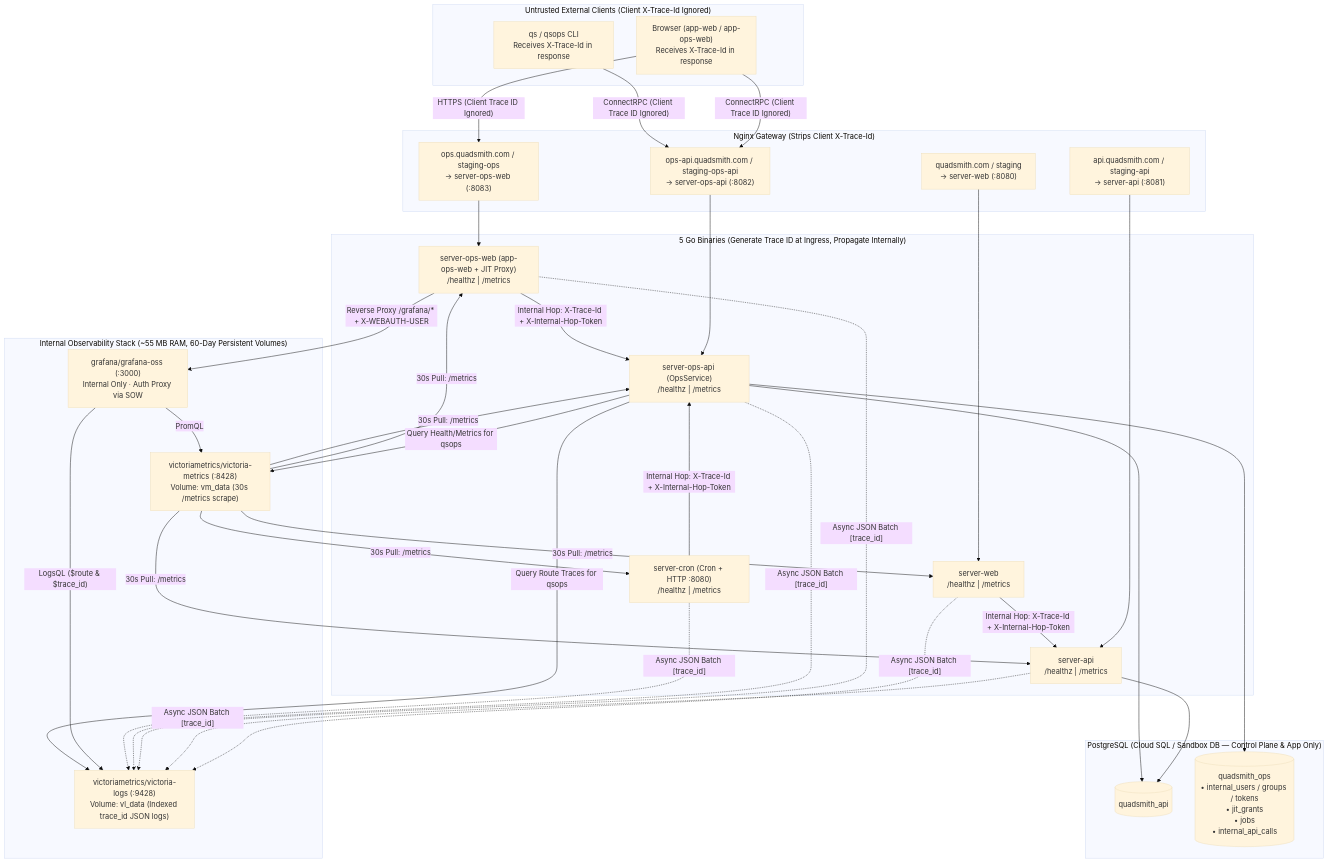
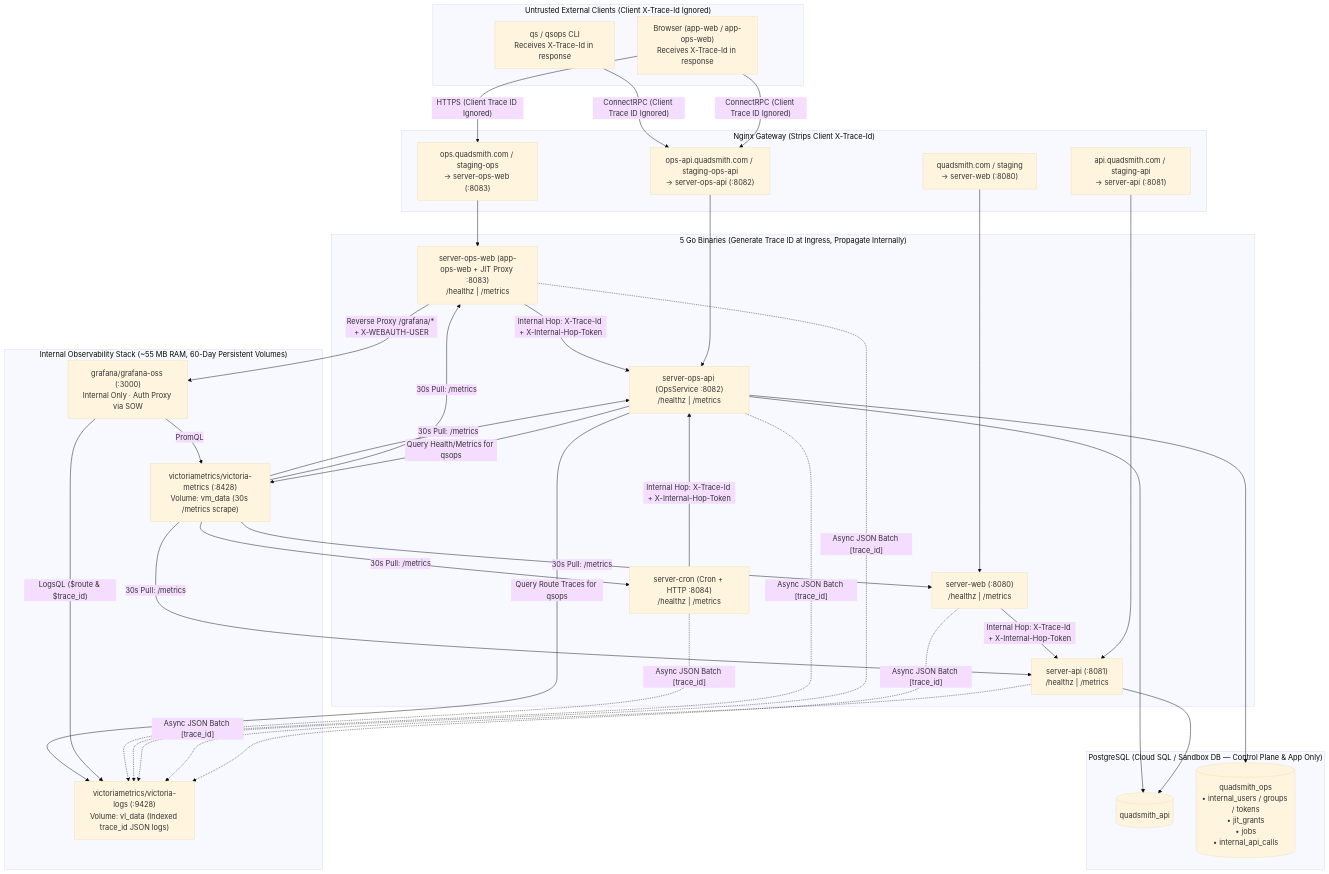
The first of 2 diagrams in plans/service_health_and_ops_monitoring.md (rohitramu/quadsmith), drawn with Mermaid (base theme) before and after one commit. The commit also changed other lines of this file and 35 other files, not shown here.

````diff
--- a/plans/service_health_and_ops_monitoring.md
+++ b/plans/service_health_and_ops_monitoring.md
@@ -102,67 +102,67 @@
 ```mermaid
 flowchart TD
     subgraph Clients["Untrusted External Clients (Client X-Trace-Id Ignored)"]
         Browser["Browser (app-web / app-ops-web)\nReceives X-Trace-Id in response"]
         CLI["qs / qsops CLI\nReceives X-Trace-Id in response"]
     end
 
     subgraph Edge["Nginx Gateway (Strips Client X-Trace-Id)"]
         WebHost["quadsmith.com / staging\n-> server-web (:8080)"]
         ApiHost["api.quadsmith.com / staging-api\n-> server-api (:8081)"]
         OpsWebHost["ops.quadsmith.com / staging-ops\n-> server-ops-web (:8083)"]
         OpsApiHost["ops-api.quadsmith.com / staging-ops-api\n-> server-ops-api (:8082)"]
     end
 
     subgraph Fleet["5 Go Binaries (Generate Trace ID at Ingress, Propagate Internally)"]
-        SW["server-web\n/healthz | /metrics"]
-        SA["server-api\n/healthz | /metrics"]
-        SOW["server-ops-web (app-ops-web + JIT Proxy)\n/healthz | /metrics"]
-        SOA["server-ops-api (OpsService)\n/healthz | /metrics"]
-        SC["server-cron (Cron + HTTP :8080)\n/healthz | /metrics"]
+        SW["server-web (:8080)\n/healthz | /metrics"]
+        SA["server-api (:8081)\n/healthz | /metrics"]
+        SOW["server-ops-web (app-ops-web + JIT Proxy :8083)\n/healthz | /metrics"]
+        SOA["server-ops-api (OpsService :8082)\n/healthz | /metrics"]
+        SC["server-cron (Cron + HTTP :8084)\n/healthz | /metrics"]
     end
 
     subgraph Observability["Internal Observability Stack (~55 MB RAM, 60-Day Persistent Volumes)"]
         VM["victoriametrics/victoria-metrics (:8428)\nVolume: vm_data (30s /metrics scrape)"]
         VL["victoriametrics/victoria-logs (:9428)\nVolume: vl_data (Indexed trace_id JSON logs)"]
         GF["grafana/grafana-oss (:3000)\nInternal Only · Auth Proxy via SOW"]
     end
 
     subgraph Storage["PostgreSQL (Cloud SQL / Sandbox DB — Control Plane & App Only)"]
         ApiDB[("quadsmith_api")]
         OpsDB[("quadsmith_ops\n• internal_users / groups / tokens\n• jit_grants\n• jobs\n• internal_api_calls")]
     end
 
     Browser -->|"HTTPS (Client Trace ID Ignored)"| OpsWebHost
     Browser -->|"ConnectRPC (Client Trace ID Ignored)"| OpsApiHost
     CLI -->|"ConnectRPC (Client Trace ID Ignored)"| OpsApiHost
 
     OpsWebHost --> SOW
     OpsApiHost --> SOA
     WebHost --> SW
     ApiHost --> SA
 
     SW -->|"Internal Hop: X-Trace-Id + X-Internal-Hop-Token"| SA
     SC -->|"Internal Hop: X-Trace-Id + X-Internal-Hop-Token"| SOA
     SOW -->|"Internal Hop: X-Trace-Id + X-Internal-Hop-Token"| SOA
     SOW -->|"Reverse Proxy /grafana/* + X-WEBAUTH-USER"| GF
 
     VM -->|"30s Pull: /metrics"| SW
     VM -->|"30s Pull: /metrics"| SA
     VM -->|"30s Pull: /metrics"| SOW
     VM -->|"30s Pull: /metrics"| SOA
     VM -->|"30s Pull: /metrics"| SC
 
     SW -.->|"Async JSON Batch [trace_id]"| VL
     SA -.->|"Async JSON Batch [trace_id]"| VL
     SOW -.->|"Async JSON Batch [trace_id]"| VL
     SOA -.->|"Async JSON Batch [trace_id]"| VL
     SC -.->|"Async JSON Batch [trace_id]"| VL
 
     GF -->|"PromQL"| VM
     GF -->|"LogsQL ($route & $trace_id)"| VL
     SOA -->|"Query Health/Metrics for qsops"| VM
     SOA -->|"Query Route Traces for qsops"| VL
     SA --> ApiDB
     SOA --> ApiDB
     SOA --> OpsDB
 ```
````
